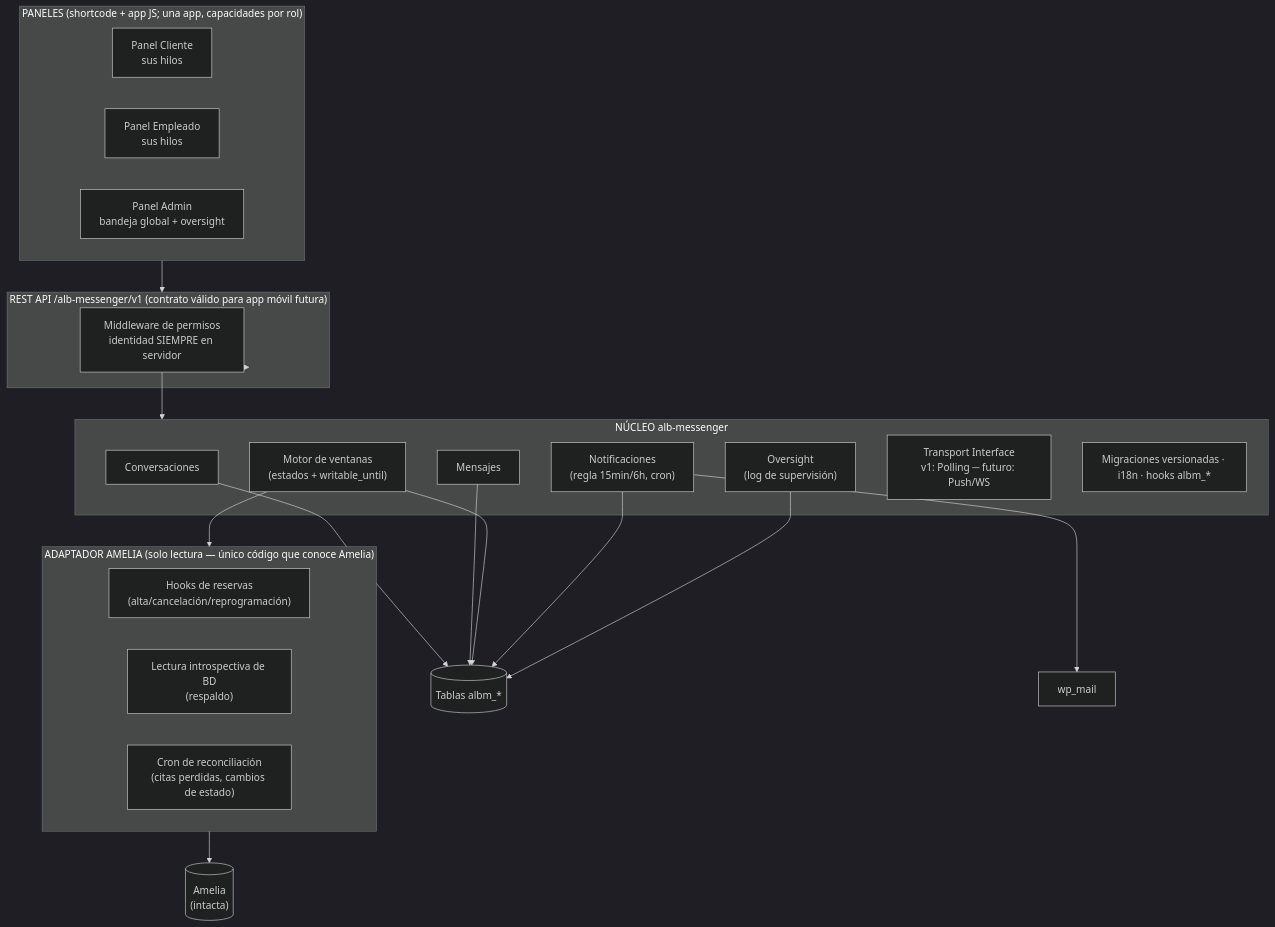
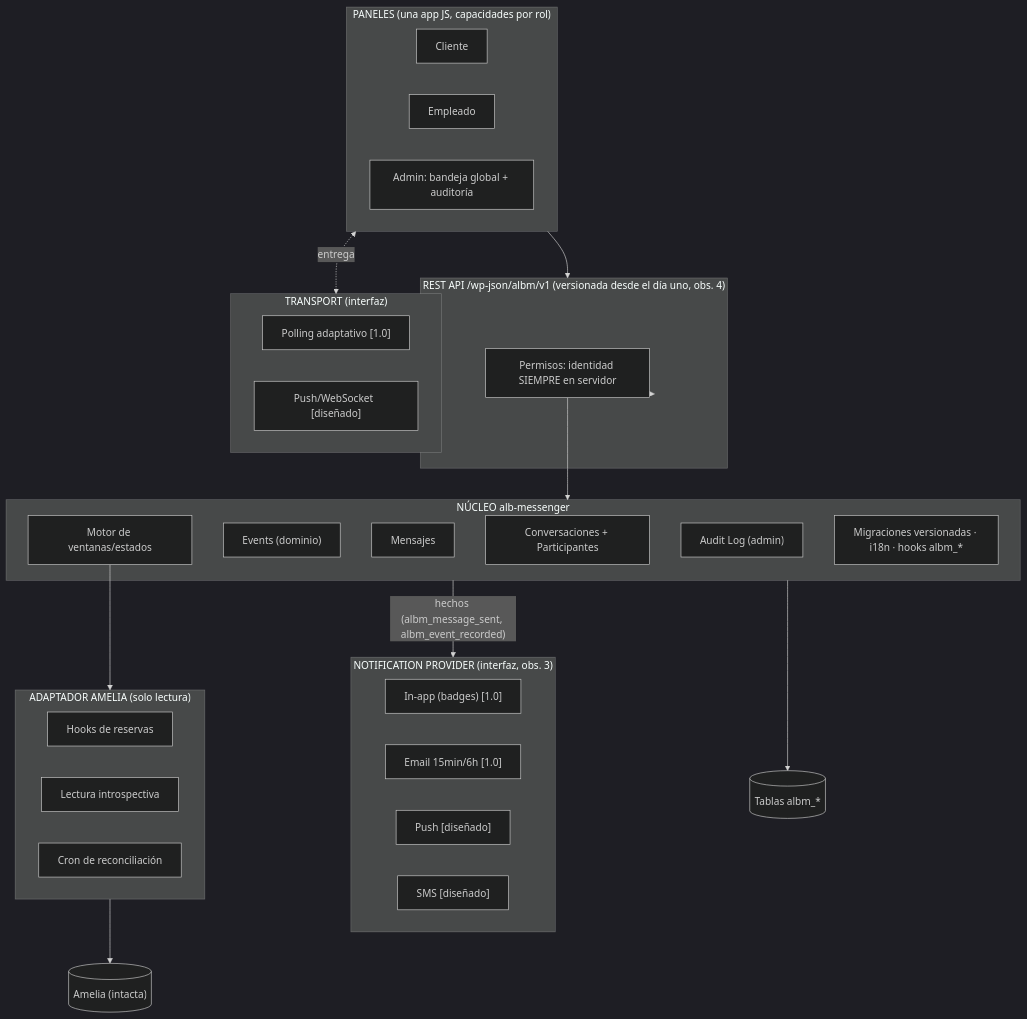
One commit to Ivanhoe9621/asd changed the second of 2 diagrams in ALB-MESSENGER-DESIGN.md. Above: the diagram before and after it, drawn with Mermaid (dark theme). The commit also changed other lines of this file, not shown here.

First line of the commit message:
Diseño v1.1 de ALB Messenger: incorpora las 8 observaciones de la revisión

````diff
--- a/ALB-MESSENGER-DESIGN.md
+++ b/ALB-MESSENGER-DESIGN.md
@@ -115,38 +111,45 @@
 ```mermaid
 flowchart TB
-    subgraph PANELES["PANELES (shortcode + app JS; una app, capacidades por rol)"]
-        PC["Panel Cliente<br/>sus hilos"]
-        PE["Panel Empleado<br/>sus hilos"]
-        PA["Panel Admin<br/>bandeja global + oversight"]
+    subgraph PANELES["PANELES (una app JS, capacidades por rol)"]
+        PC["Cliente"] 
+        PE["Empleado"]
+        PA["Admin: bandeja global + auditoría"]
     end
 
-    subgraph API["REST API  /alb-messenger/v1  (contrato válido para app móvil futura)"]
-        AUTH["Middleware de permisos<br/>identidad SIEMPRE en servidor"]
+    subgraph API["REST API /wp-json/albm/v1  (versionada desde el día uno, obs. 4)"]
+        AUTH["Permisos: identidad SIEMPRE en servidor"]
     end
 
     subgraph NUCLEO["NÚCLEO alb-messenger"]
-        CONV["Conversaciones"]
+        CONV["Conversaciones + Participantes"]
+        EVT["Events (dominio)"]
         MSG["Mensajes"]
-        WIN["Motor de ventanas<br/>(estados + writable_until)"]
-        NOTIF["Notificaciones<br/>(regla 15min/6h, cron)"]
-        OVR["Oversight<br/>(log de supervisión)"]
-        TRANS["Transport Interface<br/>v1: Polling ─ futuro: Push/WS"]
+        WIN["Motor de ventanas/estados"]
+        AUD["Audit Log (admin)"]
         MIG["Migraciones versionadas · i18n · hooks albm_*"]
     end
 
-    subgraph ADAPTER["ADAPTADOR AMELIA (solo lectura — único código que conoce Amelia)"]
-        HOOKS["Hooks de reservas<br/>(alta/cancelación/reprogramación)"]
-        DBREAD["Lectura introspectiva de BD<br/>(respaldo)"]
-        CRON["Cron de reconciliación<br/>(citas perdidas, cambios de estado)"]
+    subgraph NOTIF["NOTIFICATION PROVIDER (interfaz, obs. 3)"]
+        NIN["In-app (badges)  [1.0]"]
+        NEM["Email 15min/6h  [1.0]"]
+        NPU["Push  [diseñado]"]
+        NSM["SMS  [diseñado]"]
     end
 
-    AMELIA[("Amelia<br/>(intacta)")]
-    DB[("Tablas albm_*")]
-    MAIL["wp_mail"]
+    subgraph TRANSPORT["TRANSPORT (interfaz)"]
+        TPOLL["Polling adaptativo  [1.0]"]
+        TPUSH["Push/WebSocket  [diseñado]"]
+    end
+
+    subgraph ADAPTER["ADAPTADOR AMELIA (solo lectura)"]
+        H["Hooks de reservas"] 
+        R["Lectura introspectiva"]
+        C["Cron de reconciliación"]
+    end
 
     PANELES --> API --> AUTH --> NUCLEO
-    CONV & MSG & WIN & NOTIF & OVR --> DB
-    NOTIF --> MAIL
-    WIN --> ADAPTER
-    ADAPTER --> AMELIA
+    NUCLEO -- "hechos (albm_message_sent, albm_event_recorded)" --> NOTIF
+    PANELES <-. entrega .-> TRANSPORT
+    WIN --> ADAPTER --> AMELIA[("Amelia (intacta)")]
+    NUCLEO --> DB[("Tablas albm_*")]
 ```
````
